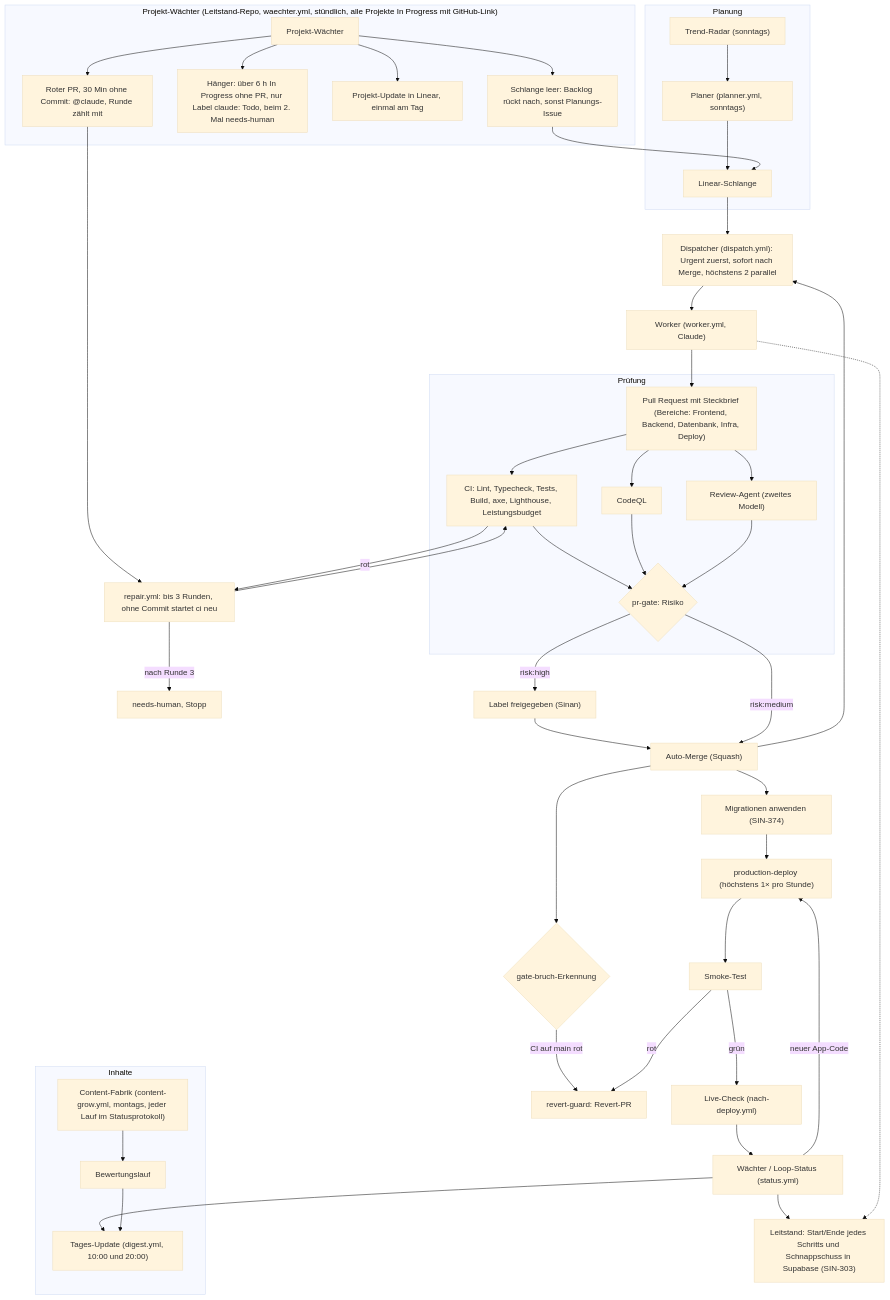
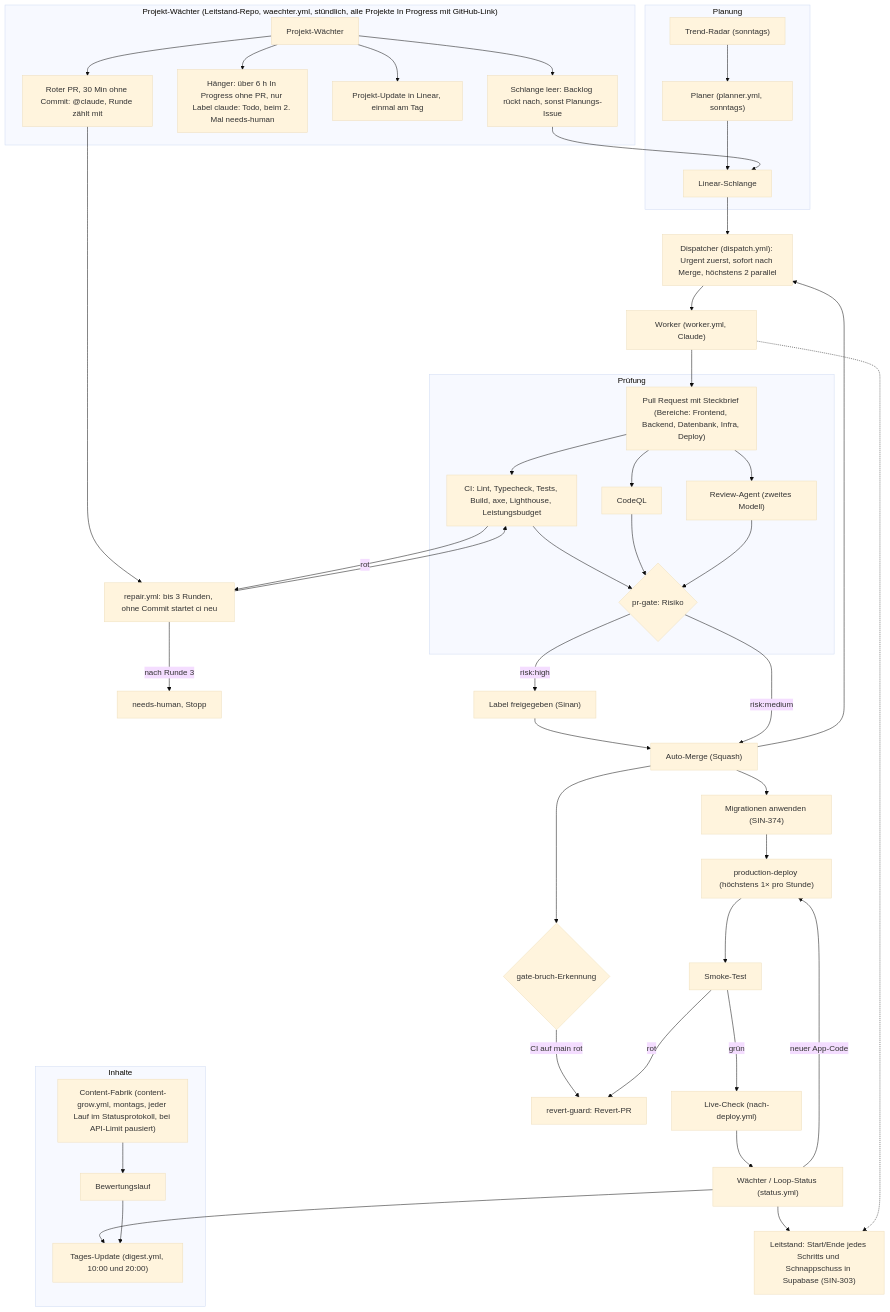
Before and after one commit to siinanXD/Content-Agent-Lernapp: the diagram in docs/diagramme/pipeline.mmd, drawn with Mermaid (base theme). The commit also changed 12 other files, not shown here.

Commit message:
feat(fabrik): bei gesperrter Anthropic-API pausieren statt rot laufen (SIN-450) (#258)

```diff
--- a/docs/diagramme/pipeline.mmd
+++ b/docs/diagramme/pipeline.mmd
@@ -1,49 +1,49 @@
 %% Pipeline-Ablauf des Loops, Stand main 09.10. (SIN-376). Quelle für das FigJam-Board „Pipeline-Ablauf“.
 %% Ändern sich .github/workflows/ oder scripts/autonomy/, diese Datei im selben PR anpassen.
 flowchart TD
   subgraph Planung
     Radar["Trend-Radar (sonntags)"] --> Planer
     Planer["Planer (planner.yml, sonntags)"] --> Schlange["Linear-Schlange"]
   end
   Schlange --> Dispatcher["Dispatcher (dispatch.yml): Urgent zuerst, sofort nach Merge, höchstens 2 parallel"]
   Dispatcher --> Worker["Worker (worker.yml, Claude)"]
   Worker --> PR["Pull Request mit Steckbrief (Bereiche: Frontend, Backend, Datenbank, Infra, Deploy)"]
   subgraph Prüfung
     PR --> CI["CI: Lint, Typecheck, Tests, Build, axe, Lighthouse, Leistungsbudget"]
     PR --> CodeQL["CodeQL"]
     PR --> Review["Review-Agent (zweites Modell)"]
     CI --> Gate{"pr-gate: Risiko"}
     CodeQL --> Gate
     Review --> Gate
   end
   CI -- rot --> Repair["repair.yml: bis 3 Runden, ohne Commit startet ci neu"]
   Repair --> CI
   Repair -- "nach Runde 3" --> Mensch["needs-human, Stopp"]
   Gate -- "risk:high" --> Freigabe["Label freigegeben (Sinan)"]
   Freigabe --> Merge
   Gate -- "risk:medium" --> Merge["Auto-Merge (Squash)"]
   Merge --> Dispatcher
   Merge --> Migr["Migrationen anwenden (SIN-374)"]
   Merge --> Bruch{"gate-bruch-Erkennung"}
   Bruch -- "CI auf main rot" --> Revert["revert-guard: Revert-PR"]
   Migr --> Deploy["production-deploy (höchstens 1× pro Stunde)"]
   Deploy --> Smoke["Smoke-Test"]
   Smoke -- rot --> Revert
   Smoke -- grün --> Live["Live-Check (nach-deploy.yml)"]
   Live --> Waechter["Wächter / Loop-Status (status.yml)"]
   Waechter -- "neuer App-Code" --> Deploy
   Waechter --> Update["Tages-Update (digest.yml, 10:00 und 20:00)"]
   Waechter --> Leitstand["Leitstand: Start/Ende jedes Schritts und Schnappschuss in Supabase (SIN-303)"]
   Worker -.-> Leitstand
   subgraph Projektwaechter["Projekt-Wächter (Leitstand-Repo, waechter.yml, stündlich, alle Projekte In Progress mit GitHub-Link)"]
     PW["Projekt-Wächter"] --> PWS["Schlange leer: Backlog rückt nach, sonst Planungs-Issue"]
     PW --> PWH["Hänger: über 6 h In Progress ohne PR, nur Label claude: Todo, beim 2. Mal needs-human"]
     PW --> PWU["Projekt-Update in Linear, einmal am Tag"]
     PW --> PWR["Roter PR, 30 Min ohne Commit: @claude, Runde zählt mit"]
   end
   PWS --> Schlange
   PWR --> Repair
   subgraph Inhalte
-    Fabrik["Content-Fabrik (content-grow.yml, montags, jeder Lauf im Statusprotokoll)"] --> Bewertung["Bewertungslauf"]
+    Fabrik["Content-Fabrik (content-grow.yml, montags, jeder Lauf im Statusprotokoll, bei API-Limit pausiert)"] --> Bewertung["Bewertungslauf"]
     Bewertung --> Update
   end
```
